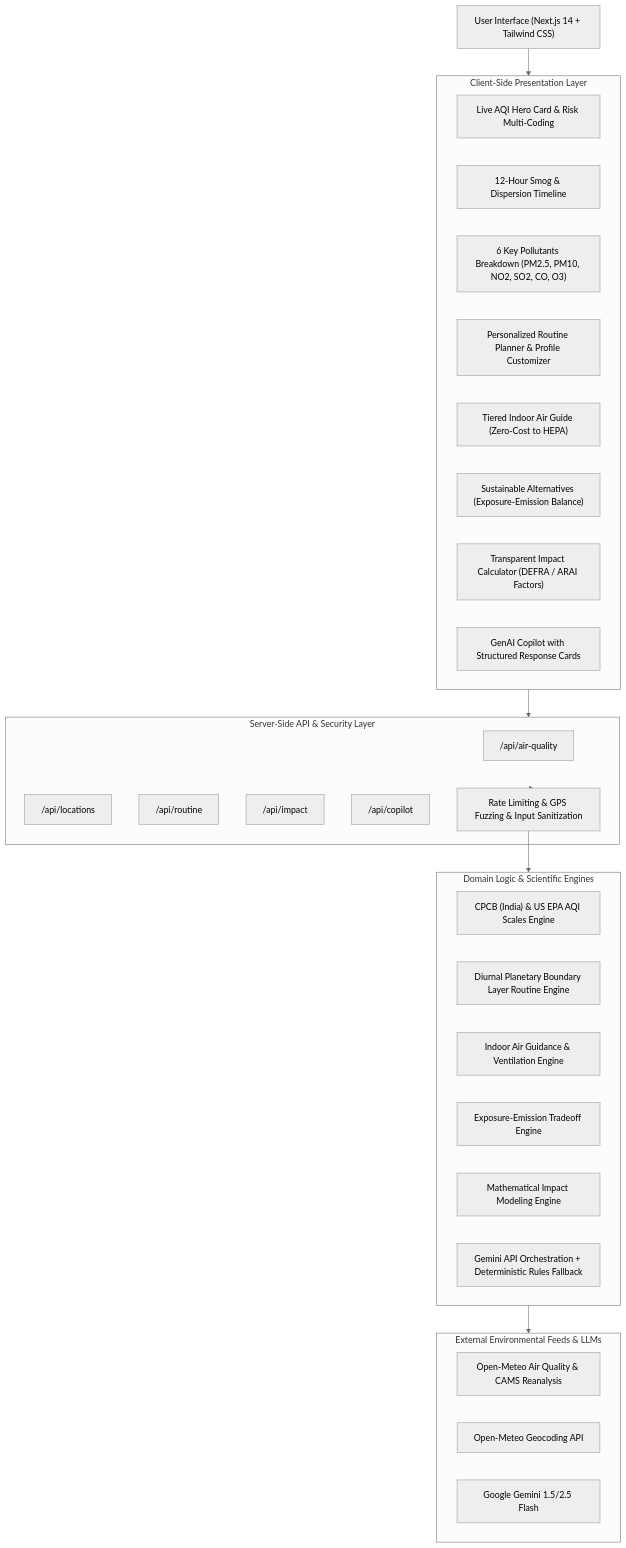
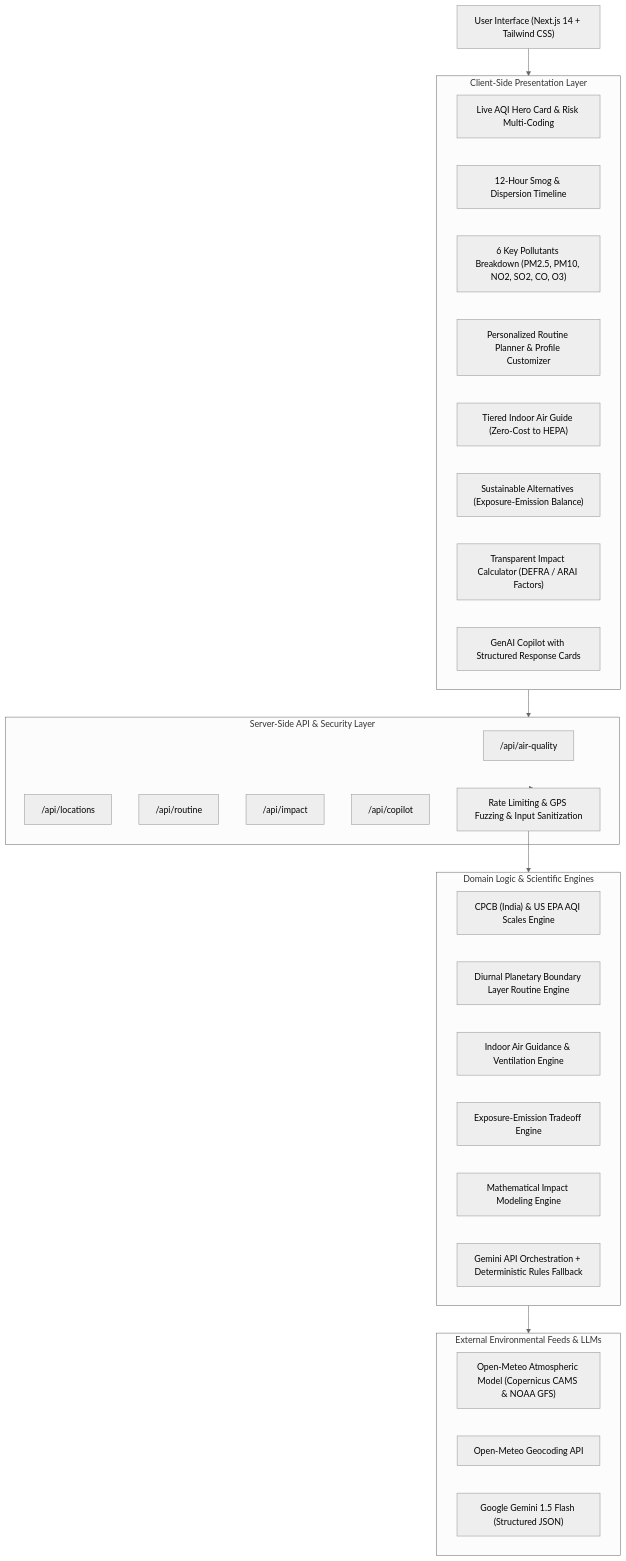
The diagram in README.md (Thirumal143200/airwise), drawn with Mermaid (neutral theme) before and after one commit. The commit also changed other lines of this file and 2 other files, not shown here.

Commit message:
docs: synchronize test counts, remote repository URLs, and model disclosures

````diff
--- a/README.md
+++ b/README.md
@@ -29,45 +29,45 @@
 ```mermaid
 flowchart TD
     User["User Interface (Next.js 14 + Tailwind CSS)"]
     
     subgraph Client["Client-Side Presentation Layer"]
         Hero["Live AQI Hero Card & Risk Multi-Coding"]
         Timeline["12-Hour Smog & Dispersion Timeline"]
         Pollutants["6 Key Pollutants Breakdown (PM2.5, PM10, NO2, SO2, CO, O3)"]
         RoutineUI["Personalized Routine Planner & Profile Customizer"]
         IndoorUI["Tiered Indoor Air Guide (Zero-Cost to HEPA)"]
         AltUI["Sustainable Alternatives (Exposure-Emission Balance)"]
         CalcUI["Transparent Impact Calculator (DEFRA / ARAI Factors)"]
         CopilotUI["GenAI Copilot with Structured Response Cards"]
     end
 
     subgraph Server["Server-Side API & Security Layer"]
         APIAir["/api/air-quality"]
         APILoc["/api/locations"]
         APIRoutine["/api/routine"]
         APIImpact["/api/impact"]
         APICopilot["/api/copilot"]
         Security["Rate Limiting & GPS Fuzzing & Input Sanitization"]
     end
 
     subgraph DomainEngines["Domain Logic & Scientific Engines"]
         AQIScale["CPCB (India) & US EPA AQI Scales Engine"]
         RoutineEng["Diurnal Planetary Boundary Layer Routine Engine"]
         IndoorEng["Indoor Air Guidance & Ventilation Engine"]
         AltEng["Exposure-Emission Tradeoff Engine"]
         CalcEng["Mathematical Impact Modeling Engine"]
         GeminiEng["Gemini API Orchestration + Deterministic Rules Fallback"]
     end
 
     subgraph DataFeeds["External Environmental Feeds & LLMs"]
-        OpenMeteo["Open-Meteo Air Quality & CAMS Reanalysis"]
+        OpenMeteo["Open-Meteo Atmospheric Model (Copernicus CAMS & NOAA GFS)"]
         Geocoding["Open-Meteo Geocoding API"]
-        Gemini["Google Gemini 1.5/2.5 Flash"]
+        Gemini["Google Gemini 1.5 Flash (Structured JSON)"]
     end
 
     User --> Client
     Client --> Server
     Server --> Security
     Security --> DomainEngines
     DomainEngines --> DataFeeds
 ```
````
